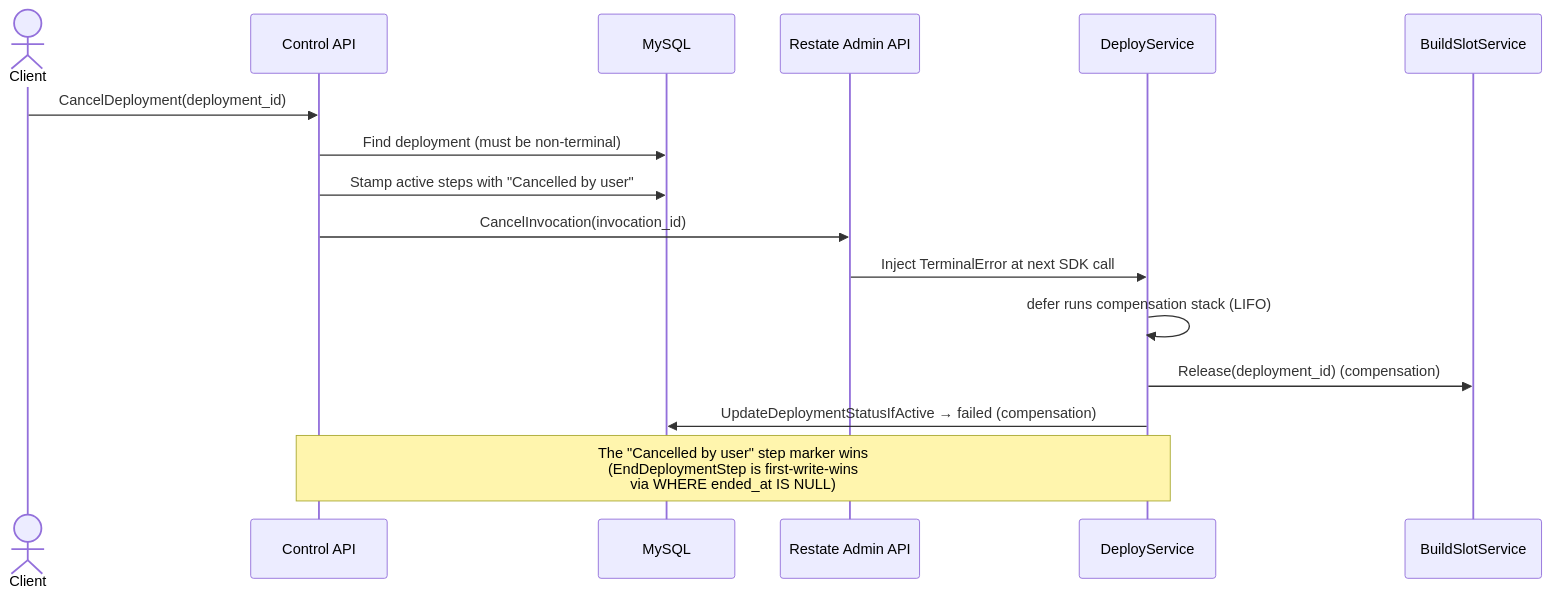
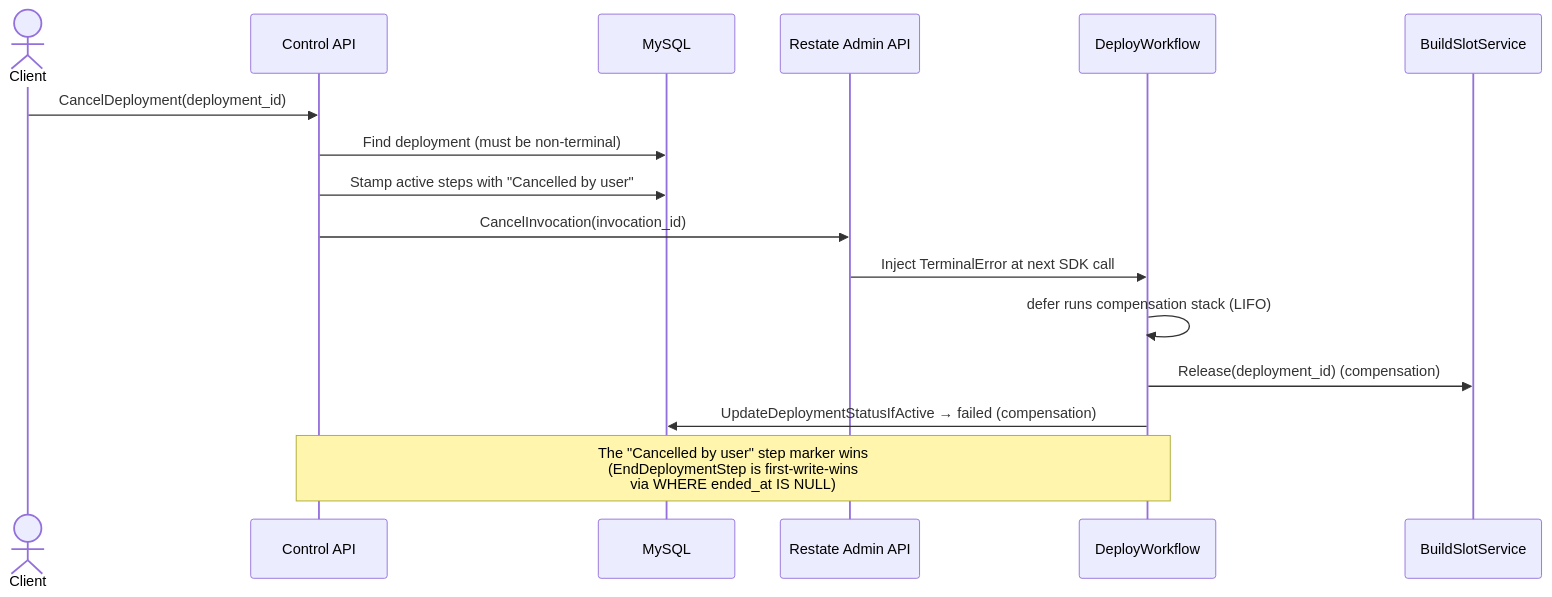
The second of 4 diagrams in docs/engineering/architecture/services/control-plane/worker/workflows/deployments.mdx (unkeyed/unkey), drawn with Mermaid before and after one commit. The commit also changed other lines of this file and 14 other files, not shown here.

Commit message:
refactor: deployVO to deployWorkflow

````diff
--- a/docs/engineering/architecture/services/control-plane/worker/workflows/deployments.mdx
+++ b/docs/engineering/architecture/services/control-plane/worker/workflows/deployments.mdx
@@ -64,19 +64,19 @@
 ```mermaid
 sequenceDiagram
   actor Client
   participant CtrlAPI as Control API
   participant DB as MySQL
   participant RestateAdmin as Restate Admin API
-  participant Worker as DeployService
+  participant Worker as DeployWorkflow
   participant BuildSlot as BuildSlotService
 
   Client->>CtrlAPI: CancelDeployment(deployment_id)
   CtrlAPI->>DB: Find deployment (must be non-terminal)
   CtrlAPI->>DB: Stamp active steps with "Cancelled by user"
   CtrlAPI->>RestateAdmin: CancelInvocation(invocation_id)
   RestateAdmin->>Worker: Inject TerminalError at next SDK call
   Worker->>Worker: defer runs compensation stack (LIFO)
   Worker->>BuildSlot: Release(deployment_id) (compensation)
   Worker->>DB: UpdateDeploymentStatusIfActive → failed (compensation)
   Note over CtrlAPI,Worker: The "Cancelled by user" step marker wins<br/>(EndDeploymentStep is first-write-wins<br/>via WHERE ended_at IS NULL)
 ```
````
